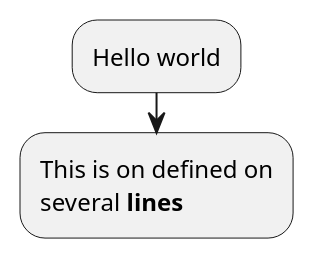
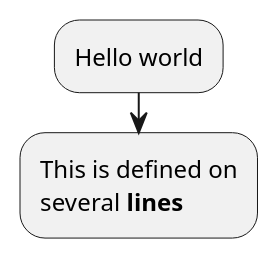
One commit to grassedge/generate-plantuml-action changed the diagram in example/sample-activity.pu. Above: the diagram before and after it, drawn with PlantUML.

Commit message:
Change plantuml file as check

```diff
--- a/example/sample-activity.pu
+++ b/example/sample-activity.pu
@@ -1,5 +1,5 @@
 @startuml
 :Hello world;
-:This is on defined on
+:This is defined on
 several **lines**;
 @enduml
```
